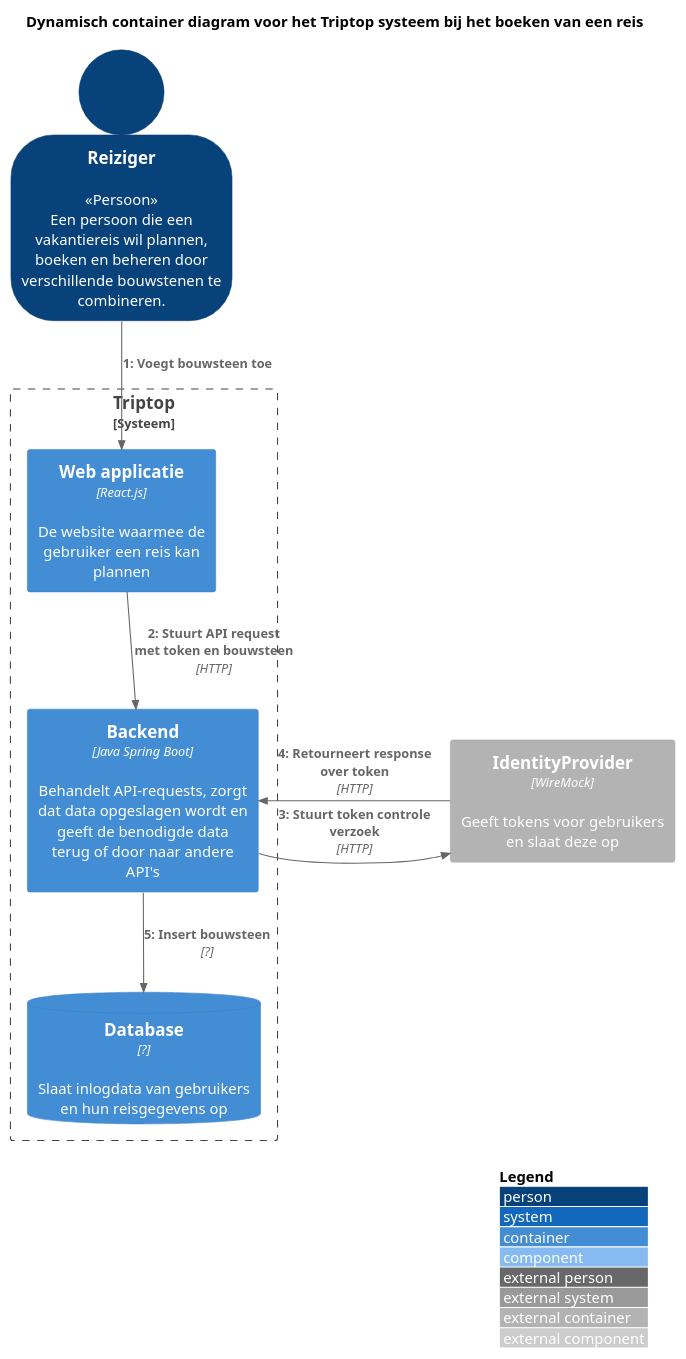
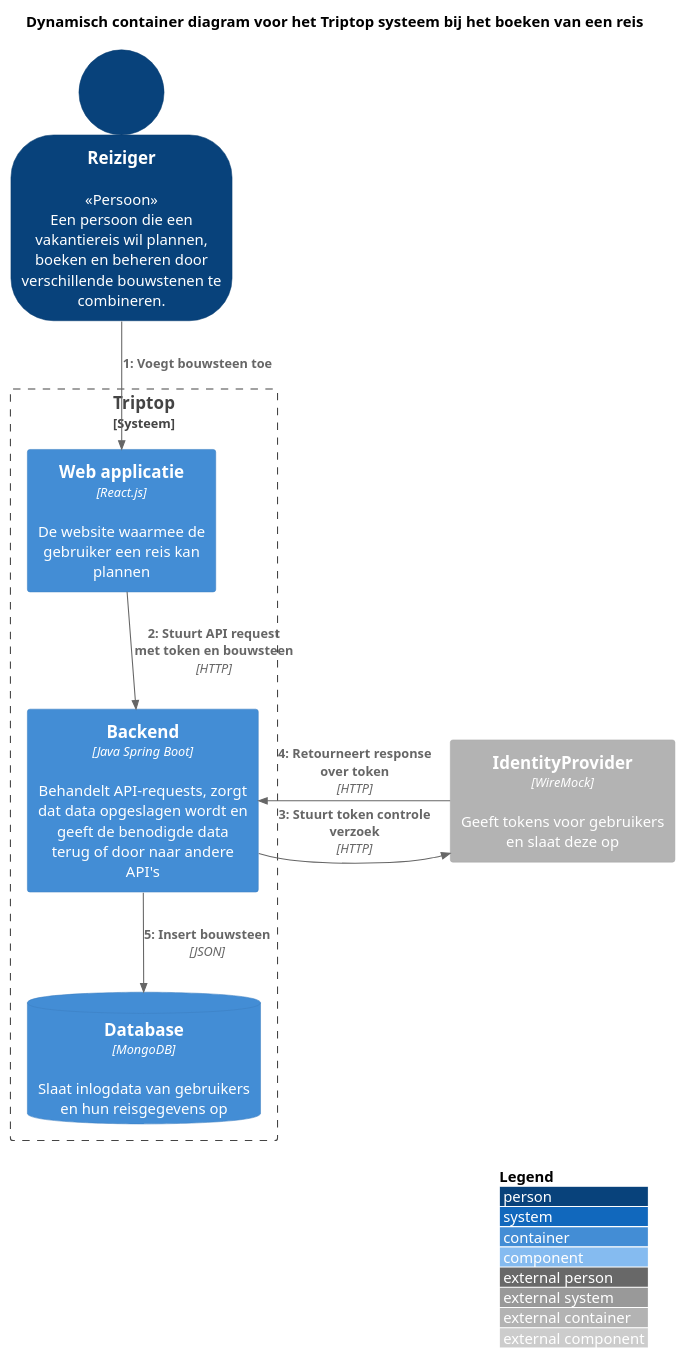
One commit to AIM-ENE-feb25/triptop-groep-1-met-third-wheel changed the diagram in diagram/container/TripTopSystemDynamicContainerDiagramReisBoeken.puml. Above: the diagram before and after it, drawn with PlantUML. The commit also changed 4 other files, not shown here.

```diff
--- a/diagram/container/TripTopSystemDynamicContainerDiagramReisBoeken.puml
+++ b/diagram/container/TripTopSystemDynamicContainerDiagramReisBoeken.puml
@@ -1,30 +1,30 @@
 @startuml "Container diagram voor het Triptop systeem"
 !include https://raw.githubusercontent.com/plantuml-stdlib/C4-PlantUML/master/C4_Container.puml
 !include https://raw.githubusercontent.com/plantuml-stdlib/C4-PlantUML/master/C4_Dynamic.puml
 
 SHOW_PERSON_OUTLINE()
 LAYOUT_WITH_LEGEND()
 
 title "Dynamisch container diagram voor het Triptop systeem bij het boeken van een reis"
 Person(traveler, "Reiziger", "<<Persoon>>\nEen persoon die een vakantiereis wil plannen, boeken en beheren door verschillende bouwstenen te combineren.")
 
 Boundary(system, "Triptop", "Systeem") {
     Container(frontend, "Web applicatie", "React.js", "De website waarmee de gebruiker een reis kan plannen")
     Container(backend, "Backend", "Java Spring Boot", "Behandelt API-requests, zorgt dat data opgeslagen wordt en geeft de benodigde data terug of door naar andere API's")
-    ContainerDb(db, "Database", "?", "Slaat inlogdata van gebruikers en hun reisgegevens op")
+    ContainerDb(db, "Database", "MongoDB", "Slaat inlogdata van gebruikers en hun reisgegevens op")
 }
 Container_Ext(identity, "IdentityProvider", "WireMock", "Geeft tokens voor gebruikers en slaat deze op")
 
 Rel(traveler, frontend, "Voegt bouwsteen toe")
 Rel(frontend, backend, "Stuurt API request met token en bouwsteen", "HTTP")
 Rel_Right(backend, identity, "Stuurt token controle verzoek", "HTTP")
 Rel_Left(identity, backend, "Retourneert response over token", "HTTP")
-Rel(backend, db, "Insert bouwsteen", "?")
+Rel(backend, db, "Insert bouwsteen", "JSON")
 
 
 
 
 
 
 
 @enduml
```
